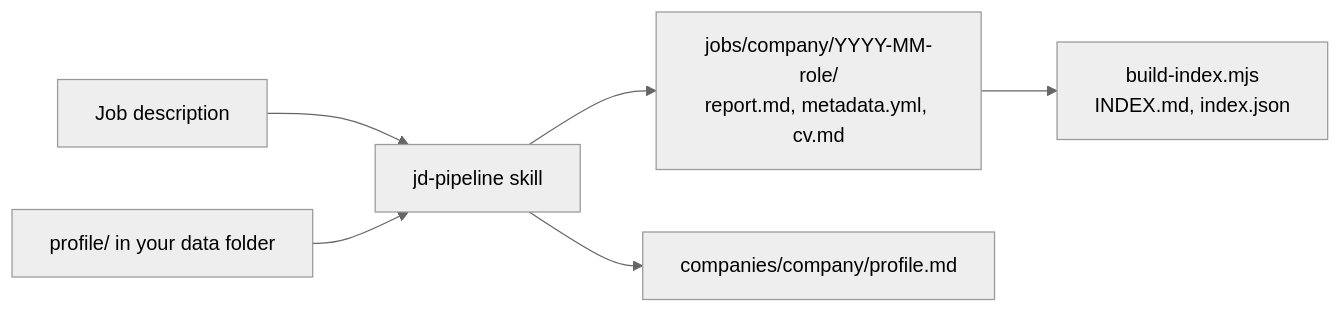
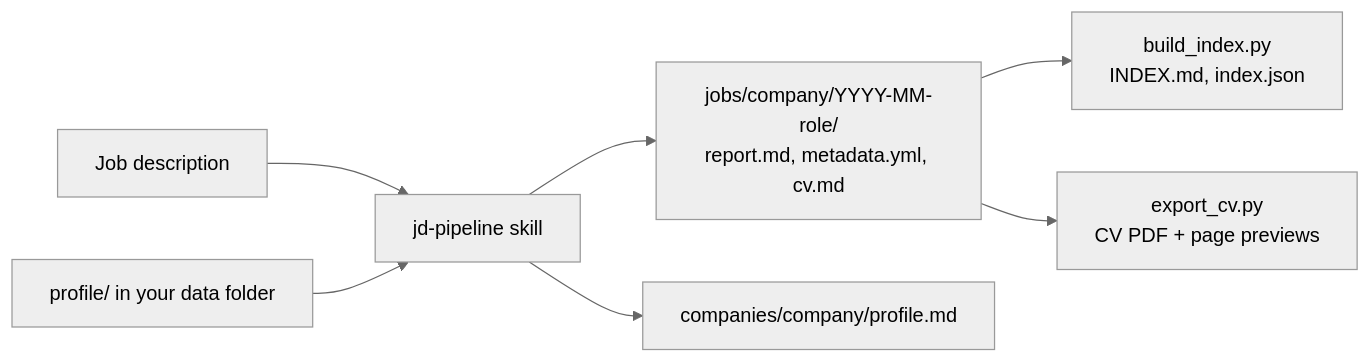
Before and after one commit to hoangbeard/career-intelligence: the diagram in README.md, drawn with Mermaid (neutral theme). The commit also changed other lines of this file and 116 other files, not shown here.

First line of the commit message:
Rename to career-intelligence, port scripts to Python, add CV export to PDF

````diff
--- a/README.md
+++ b/README.md
@@ -138,8 +147,9 @@
 ```mermaid
 flowchart LR
   JD[Job description] --> P[jd-pipeline skill]
   Profile[profile/ in your data folder] --> P
   P --> Job[jobs/company/YYYY-MM-role/<br/>report.md, metadata.yml, cv.md]
   P --> Co[companies/company/profile.md]
-  Job --> Index[build-index.mjs<br/>INDEX.md, index.json]
+  Job --> Index[build_index.py<br/>INDEX.md, index.json]
+  Job --> PDF[export_cv.py<br/>CV PDF + page previews]
 ```
````
